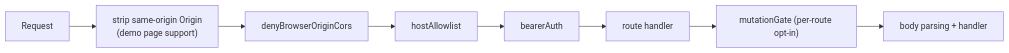
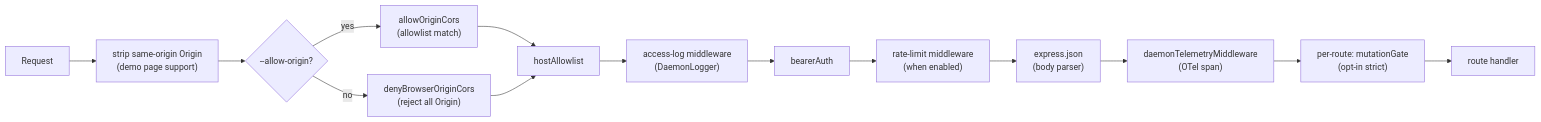
Before and after one commit to QwenLM/qwen-code: the first of 4 diagrams in docs/developers/daemon/12-auth-security.md, drawn with Mermaid. The commit also changed other lines of this file and 16 other files, not shown here.

````diff
--- a/docs/developers/daemon/12-auth-security.md
+++ b/docs/developers/daemon/12-auth-security.md
@@ -44,10 +57,16 @@
 ```mermaid
 flowchart LR
     REQ[Request] --> SO["strip same-origin Origin<br/>(demo page support)"]
-    SO --> CORS["denyBrowserOriginCors"]
-    CORS --> HA["hostAllowlist"]
-    HA --> BA["bearerAuth"]
-    BA --> ROUTE["route handler"]
-    ROUTE --> MG["mutationGate (per-route opt-in)"]
-    MG --> BODY["body parsing + handler"]
+    SO --> CORS{"--allow-origin?"}
+    CORS -->|yes| AO["allowOriginCors<br/>(allowlist match)"]
+    CORS -->|no| DC["denyBrowserOriginCors<br/>(reject all Origin)"]
+    AO --> HA["hostAllowlist"]
+    DC --> HA
+    HA --> LOG["access-log middleware<br/>(DaemonLogger)"]
+    LOG --> BA["bearerAuth"]
+    BA --> RL["rate-limit middleware<br/>(when enabled)"]
+    RL --> JSON["express.json<br/>(body parser)"]
+    JSON --> TEL["daemonTelemetryMiddleware<br/>(OTel span)"]
+    TEL --> MG["per-route: mutationGate<br/>(opt-in strict)"]
+    MG --> HANDLER["route handler"]
 ```
````
